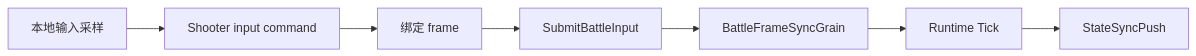
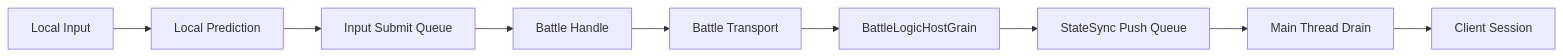
The third of 6 diagrams in Docs/design/09-ImplementationExamples/Shooter/08-NetworkModulesDeepDive.md (HOBOBO/AbilityKit), drawn with Mermaid before and after one commit. The commit also changed other lines of this file and 328 other files, not shown here.

````diff
--- a/Docs/design/09-ImplementationExamples/Shooter/08-NetworkModulesDeepDive.md
+++ b/Docs/design/09-ImplementationExamples/Shooter/08-NetworkModulesDeepDive.md
@@ -116,12 +116,15 @@
 ```mermaid
 flowchart LR
-    Sample[本地输入采样]
-    Command[Shooter input command]
-    Frame[绑定 frame]
-    Gateway[SubmitBattleInput]
-    Grain[BattleFrameSyncGrain]
-    Battle[Runtime Tick]
-    Snapshot[StateSyncPush]
+    Sample[Local Input]
+    Predict[Local Prediction]
+    Queue[Input Submit Queue]
+    Handle[Battle Handle]
+    Transport[Battle Transport]
+    Battle[BattleLogicHostGrain]
+    Push[StateSync Push Queue]
+    Drain[Main Thread Drain]
+    Session[Client Session]
 
-    Sample --> Command --> Frame --> Gateway --> Grain --> Battle --> Snapshot
+    Sample --> Predict --> Queue --> Handle --> Transport --> Battle
+    Battle --> Push --> Drain --> Session
 ```
````
